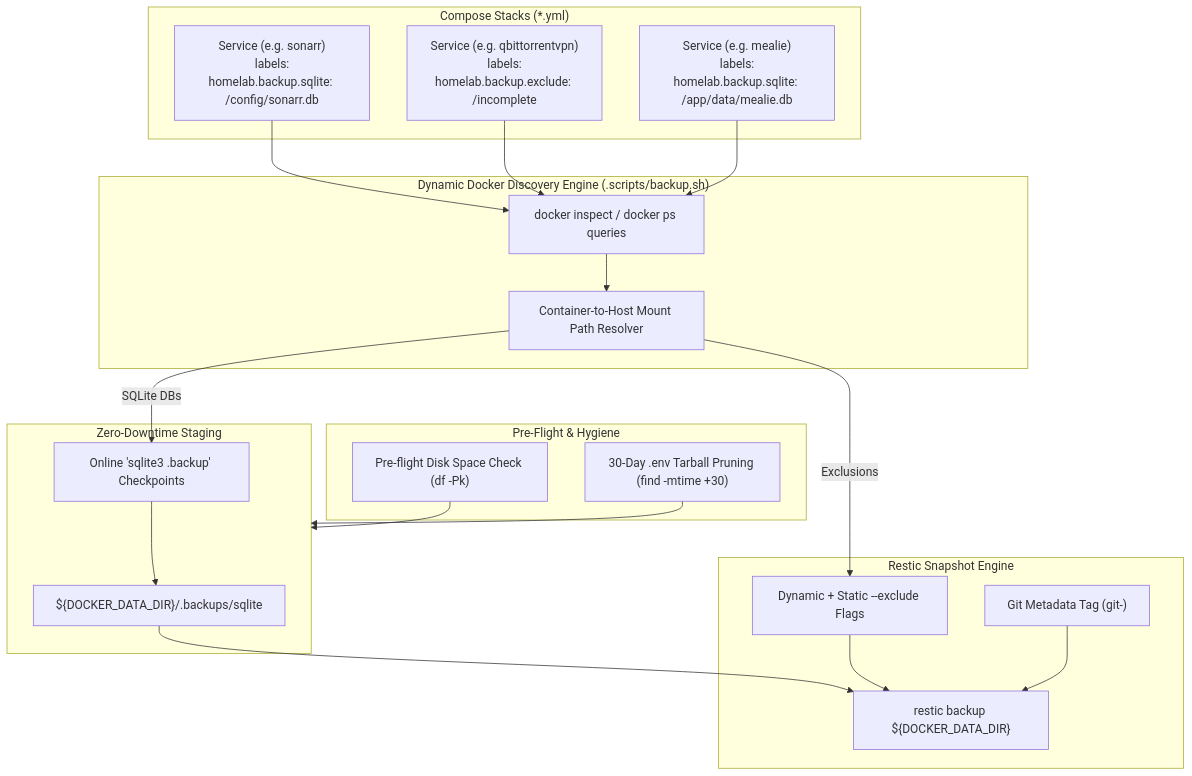
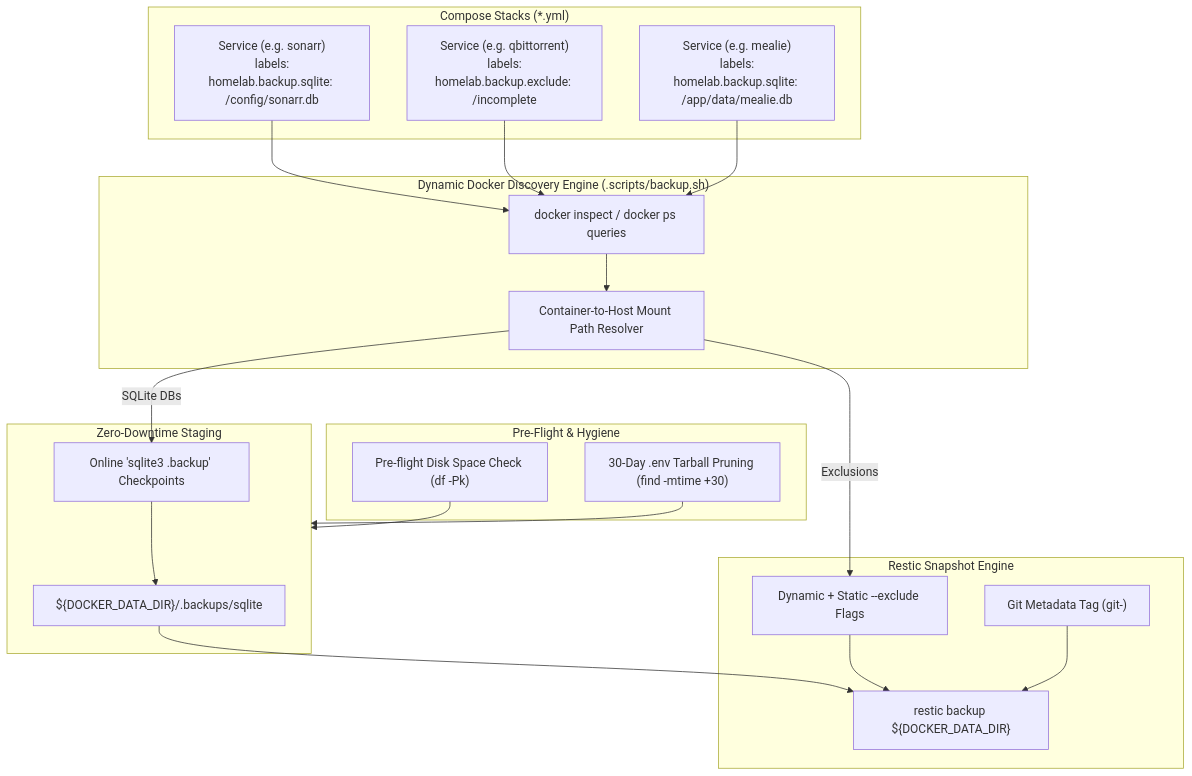
Before and after one commit to ParanoydAndroid/homelab-configs: the diagram in .agents/artifacts/plan_declarative_backups.md, drawn with Mermaid. The commit also changed other lines of this file and 18 other files, not shown here.

Commit message:
refactor(torrent): standardize service, container, and paths on qbittorrent

````diff
--- a/.agents/artifacts/plan_declarative_backups.md
+++ b/.agents/artifacts/plan_declarative_backups.md
@@ -12,42 +12,42 @@
 ```mermaid
 flowchart TD
     subgraph Stacks["Compose Stacks (*.yml)"]
         SVC1["Service (e.g. sonarr)<br/>labels:<br/>homelab.backup.sqlite: /config/sonarr.db"]
-        SVC2["Service (e.g. qbittorrentvpn)<br/>labels:<br/>homelab.backup.exclude: /incomplete"]
+        SVC2["Service (e.g. qbittorrent)<br/>labels:<br/>homelab.backup.exclude: /incomplete"]
         SVC3["Service (e.g. mealie)<br/>labels:<br/>homelab.backup.sqlite: /app/data/mealie.db"]
     end
 
     subgraph Discovery["Dynamic Docker Discovery Engine (.scripts/backup.sh)"]
         QUERY["docker inspect / docker ps queries"]
         RESOLVER["Container-to-Host Mount Path Resolver"]
     end
 
     subgraph Preflight["Pre-Flight & Hygiene"]
         DISK["Pre-flight Disk Space Check (df -Pk)"]
         SECRET_PRUNE["30-Day .env Tarball Pruning (find -mtime +30)"]
     end
 
     subgraph Staging["Zero-Downtime Staging"]
         STAGING_DIR["${DOCKER_DATA_DIR}/.backups/sqlite"]
         SQLITE_BACKUP["Online 'sqlite3 .backup' Checkpoints"]
     end
 
     subgraph Execution["Restic Snapshot Engine"]
         EXCLUDE_FLAGS["Dynamic + Static --exclude Flags"]
         GIT_META["Git Metadata Tag (git-<short_sha>)"]
         RESTIC["restic backup ${DOCKER_DATA_DIR}"]
     end
 
     SVC1 --> QUERY
     SVC2 --> QUERY
     SVC3 --> QUERY
     QUERY --> RESOLVER
     DISK --> Staging
     SECRET_PRUNE --> Staging
     RESOLVER -->|"SQLite DBs"| SQLITE_BACKUP
     SQLITE_BACKUP --> STAGING_DIR
     RESOLVER -->|"Exclusions"| EXCLUDE_FLAGS
     STAGING_DIR --> RESTIC
     EXCLUDE_FLAGS --> RESTIC
     GIT_META --> RESTIC
 ```
````
